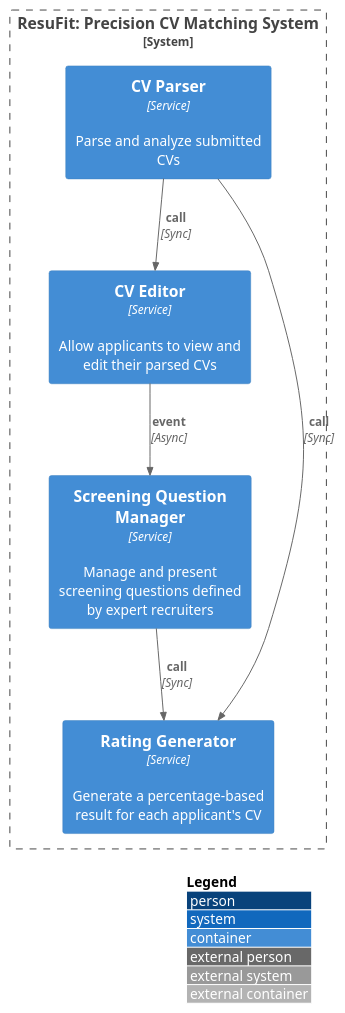
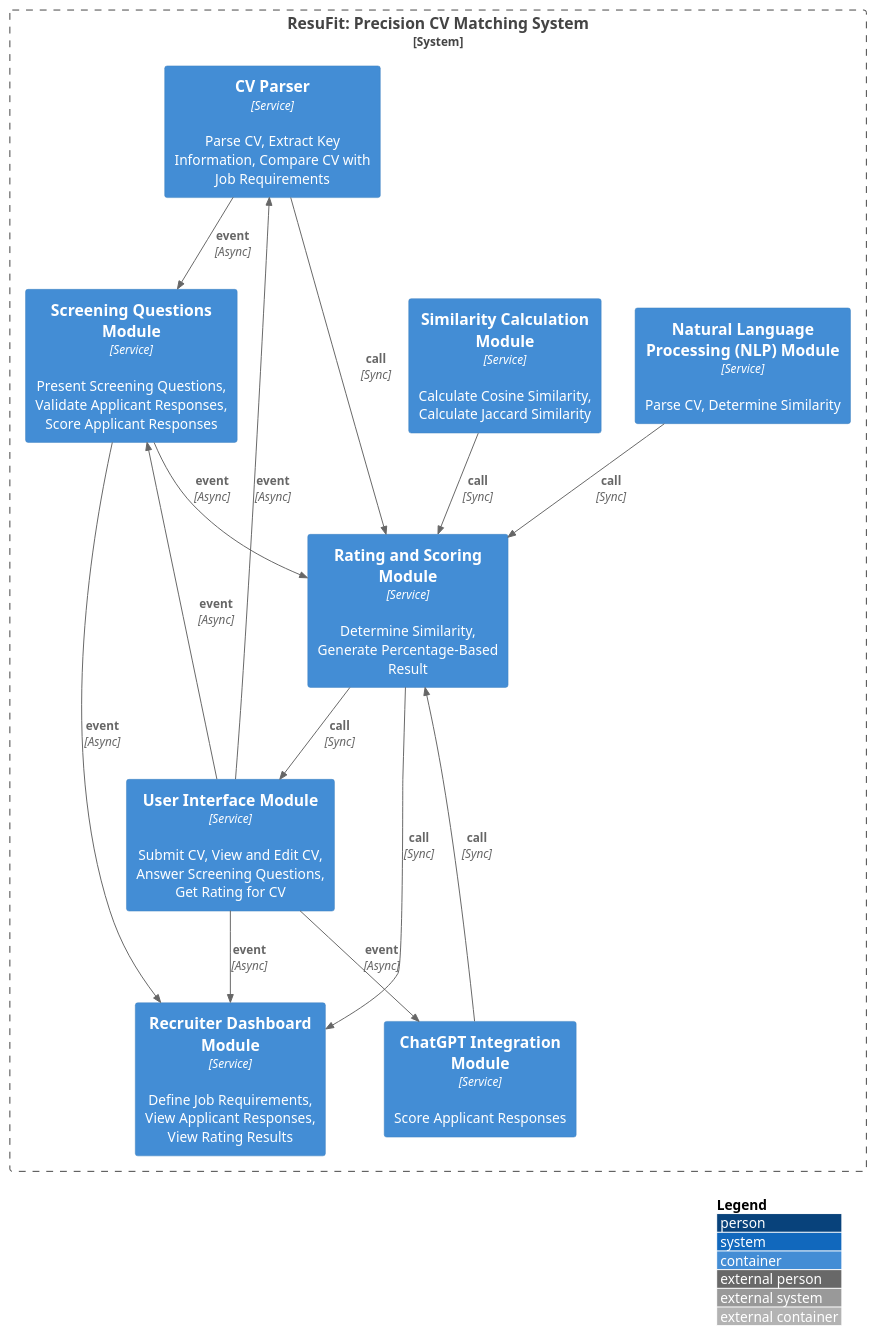
Before and after one commit to hanaAbdelwahab/GPARCHIMIND: the diagram in data/outputs/architecture_c4.puml, drawn with PlantUML. The commit also changed 41 other files, not shown here.

```diff
--- a/data/outputs/architecture_c4.puml
+++ b/data/outputs/architecture_c4.puml
@@ -1,14 +1,27 @@
 @startuml
 !include https://raw.githubusercontent.com/plantuml-stdlib/C4-PlantUML/master/C4_Container.puml
 LAYOUT_WITH_LEGEND()
 System_Boundary(ResuFitPrecisionCVMatchingSystem, "ResuFit: Precision CV Matching System") {
-  Container(CVParser, "CV Parser", "Service", "Parse and analyze submitted CVs")
-  Container(CVEditor, "CV Editor", "Service", "Allow applicants to view and edit their parsed CVs")
-  Container(ScreeningQuestionManager, "Screening Question Manager", "Service", "Manage and present screening questions defined by expert recruiters")
-  Container(RatingGenerator, "Rating Generator", "Service", "Generate a percentage-based result for each applicant's CV")
+  Container(CVParser, "CV Parser", "Service", "Parse CV, Extract Key Information, Compare CV with Job Requirements")
+  Container(ScreeningQuestionsModule, "Screening Questions Module", "Service", "Present Screening Questions, Validate Applicant Responses, Score Applicant Responses")
+  Container(RatingandScoringModule, "Rating and Scoring Module", "Service", "Determine Similarity, Generate Percentage-Based Result")
+  Container(UserInterfaceModule, "User Interface Module", "Service", "Submit CV, View and Edit CV, Answer Screening Questions, Get Rating for CV")
+  Container(NaturalLanguageProcessingNLPModule, "Natural Language Processing (NLP) Module", "Service", "Parse CV, Determine Similarity")
+  Container(SimilarityCalculationModule, "Similarity Calculation Module", "Service", "Calculate Cosine Similarity, Calculate Jaccard Similarity")
+  Container(ChatGPTIntegrationModule, "ChatGPT Integration Module", "Service", "Score Applicant Responses")
+  Container(RecruiterDashboardModule, "Recruiter Dashboard Module", "Service", "Define Job Requirements, View Applicant Responses, View Rating Results")
 }
-Rel(CVParser, CVEditor, "call", "Sync")
-Rel(CVEditor, ScreeningQuestionManager, "event", "Async")
-Rel(ScreeningQuestionManager, RatingGenerator, "call", "Sync")
-Rel(CVParser, RatingGenerator, "call", "Sync")
+Rel(CVParser, ScreeningQuestionsModule, "event", "Async")
+Rel(CVParser, RatingandScoringModule, "call", "Sync")
+Rel(ScreeningQuestionsModule, RatingandScoringModule, "event", "Async")
+Rel(RatingandScoringModule, UserInterfaceModule, "call", "Sync")
+Rel(UserInterfaceModule, CVParser, "event", "Async")
+Rel(UserInterfaceModule, ScreeningQuestionsModule, "event", "Async")
+Rel(NaturalLanguageProcessingNLPModule, RatingandScoringModule, "call", "Sync")
+Rel(SimilarityCalculationModule, RatingandScoringModule, "call", "Sync")
+Rel(ChatGPTIntegrationModule, RatingandScoringModule, "call", "Sync")
+Rel(UserInterfaceModule, ChatGPTIntegrationModule, "event", "Async")
+Rel(UserInterfaceModule, RecruiterDashboardModule, "event", "Async")
+Rel(ScreeningQuestionsModule, RecruiterDashboardModule, "event", "Async")
+Rel(RatingandScoringModule, RecruiterDashboardModule, "call", "Sync")
 @enduml
```
